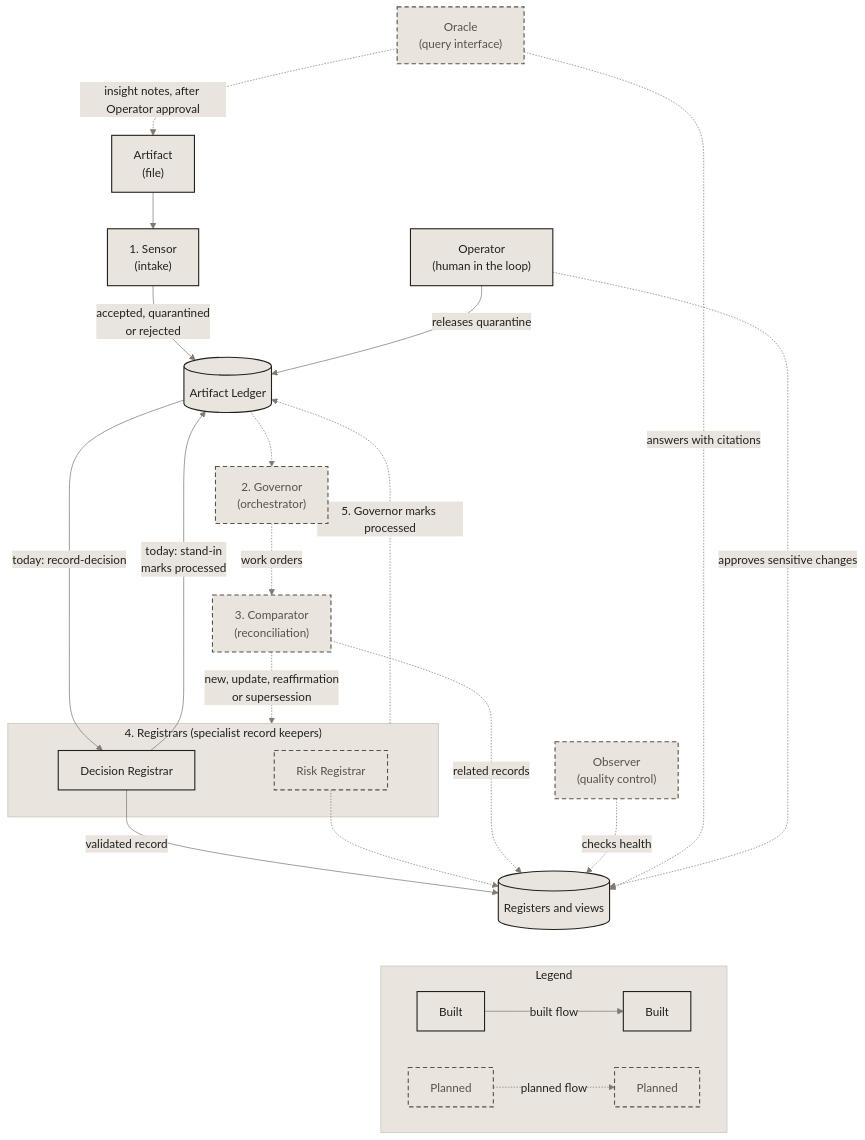
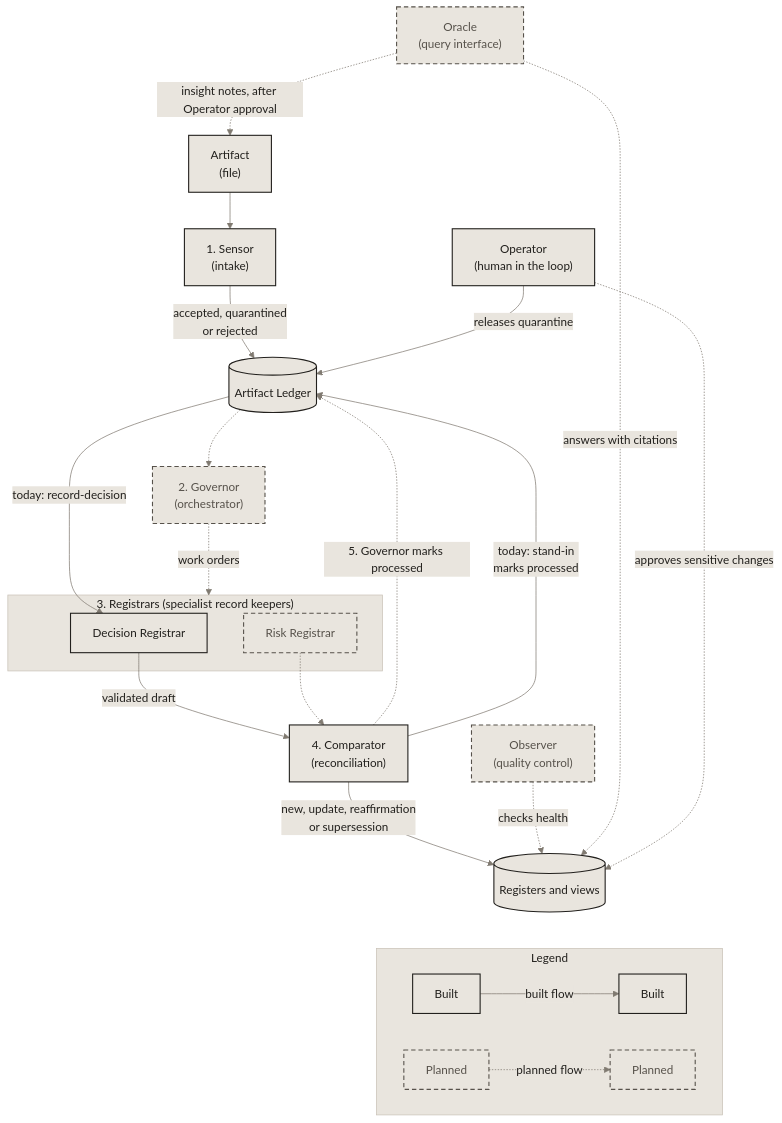
The diagram in README.md (miguelmog10/knowledge-automata), drawn with Mermaid before and after one commit. The commit also changed other lines of this file and 77 other files, not shown here.

Commit message:
feat: add the Comparator (reconciliation) to record-decision (handoff 006) (#11)

```diff
--- a/README.md
+++ b/README.md
@@ -101,17 +102,17 @@
   classDef planned fill:#e9e5de,stroke:#57524b,stroke-width:1.5px,stroke-dasharray:6 4,color:#57524b
   classDef focus fill:#e9e5de,stroke:#9c4426,stroke-width:3px,color:#22201d
   accTitle: The closed loop for one artifact
-  accDescr: An artifact enters through the Sensor, which records it in the Artifact Ledger. The planned Governor sends work orders through the planned Comparator to the Registrars, which write validated records; the Governor then marks the artifact processed in the Ledger. Today the record-decision command sends an accepted artifact straight to the Decision Registrar and a pipeline stand-in marks it processed. The Operator releases quarantined files today; the Observer and Oracle are planned, and Oracle insight notes approved by the Operator will re-enter as new artifacts through the Sensor.
+  accDescr: An artifact enters through the Sensor, which records it in the Artifact Ledger. The planned Governor sends work orders to the Registrars, which draft records that code validates. The Comparator compares each validated draft with related records and code applies the write rule (new, update, reaffirmation or supersession); the Governor then marks the artifact processed in the Ledger. Today the record-decision command sends an accepted artifact straight to the Decision Registrar, then the Comparator, and a pipeline stand-in marks it processed. The Operator releases quarantined files today; the Observer and Oracle are planned, and Oracle insight notes approved by the Operator will re-enter as new artifacts through the Sensor.
 
   artifact["Artifact<br/>(file)"]:::built
   sensor["1. Sensor<br/>(intake)"]:::built
   ledger[("Artifact Ledger")]:::built
   governor["2. Governor<br/>(orchestrator)"]:::planned
-  comparator["3. Comparator<br/>(reconciliation)"]:::planned
-  subgraph registrars["4. Registrars (specialist record keepers)"]
+  subgraph registrars["3. Registrars (specialist record keepers)"]
     decision["Decision Registrar"]:::built
     risk["Risk Registrar"]:::planned
   end
+  comparator["4. Comparator<br/>(reconciliation)"]:::built
   registers[("Registers and views")]:::built
 
   operator["Operator<br/>(human in the loop)"]:::built
@@ -122,14 +123,13 @@
   sensor -- "accepted, quarantined<br/>or rejected" --> ledger
   operator -- "releases quarantine" --> ledger
   ledger -.-> governor
-  governor -. "work orders" .-> comparator
-  comparator -. "new, update, reaffirmation<br/>or supersession" .-> registrars
+  governor -. "work orders" .-> registrars
   ledger -- "today: record-decision" --> decision
-  decision -- "validated record" --> registers
-  risk -.-> registers
-  registrars -. "5. Governor marks processed" .-> ledger
-  decision -- "today: stand-in<br/>marks processed" --> ledger
-  comparator -. "related records" .-> registers
+  decision -- "validated draft" --> comparator
+  risk -.-> comparator
+  comparator -- "new, update, reaffirmation<br/>or supersession" --> registers
+  comparator -. "5. Governor marks processed" .-> ledger
+  comparator -- "today: stand-in<br/>marks processed" --> ledger
   observer -. "checks health" .-> registers
   oracle -. "answers with citations" .-> registers
   operator -. "approves sensitive changes" .-> registers
```
